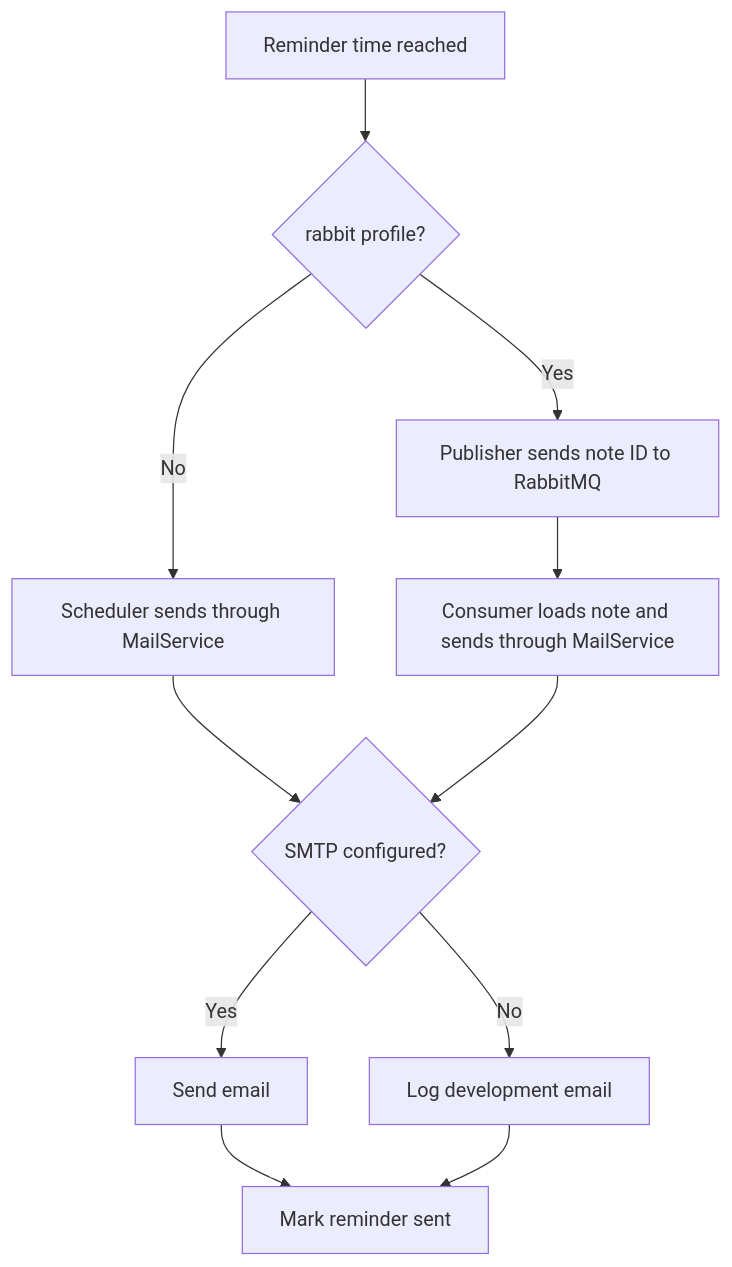
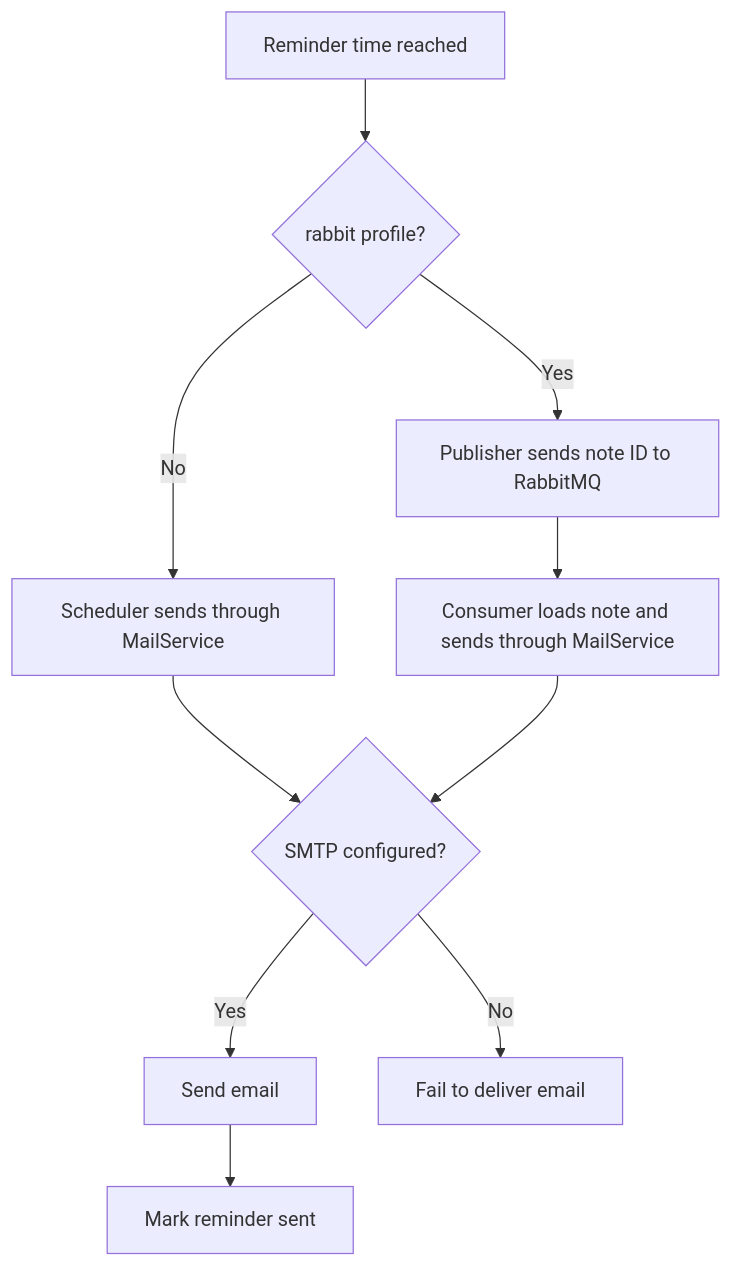
One commit to Mihir-Lakhani/Bridgelabz-Fundoo-Notes changed the fourth of 5 diagrams in README.md. Above: the diagram before and after it, drawn with Mermaid. The commit also changed other lines of this file, not shown here.

Commit message:
[Mihir Lakhani] : Update email verification setup guide

````diff
--- a/README.md
+++ b/README.md
@@ -203,13 +225,12 @@
 ```mermaid
 flowchart TD
     Due["Reminder time reached"] --> Mode{"rabbit profile?"}
     Mode -->|No| Direct["Scheduler sends through MailService"]
     Mode -->|Yes| Publish["Publisher sends note ID to RabbitMQ"]
     Publish --> Consume["Consumer loads note and sends through MailService"]
     Direct --> Output{"SMTP configured?"}
     Consume --> Output
     Output -->|Yes| Email["Send email"]
-    Output -->|No| Log["Log development email"]
+    Output -->|No| Fail["Fail to deliver email"]
     Email --> Sent["Mark reminder sent"]
-    Log --> Sent
 ```
````
